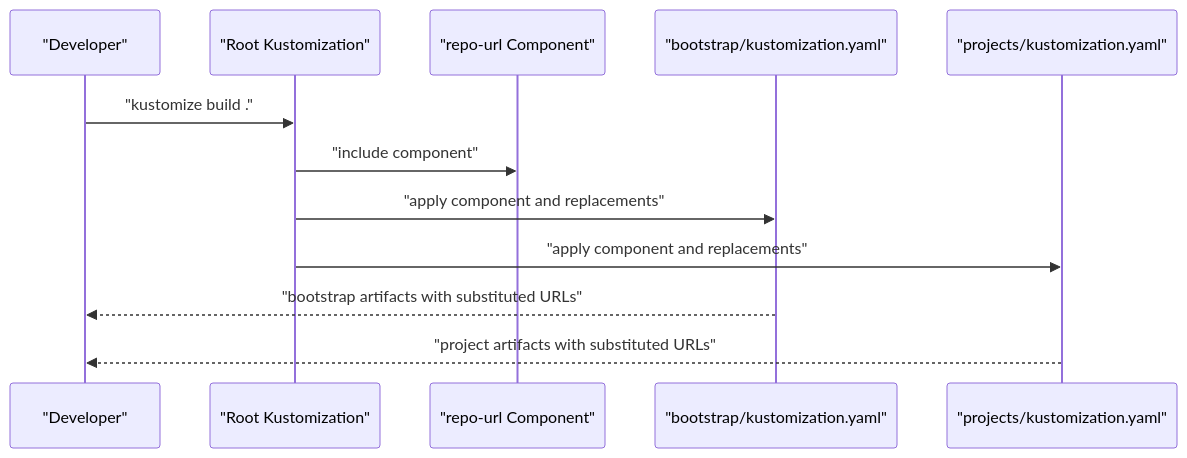
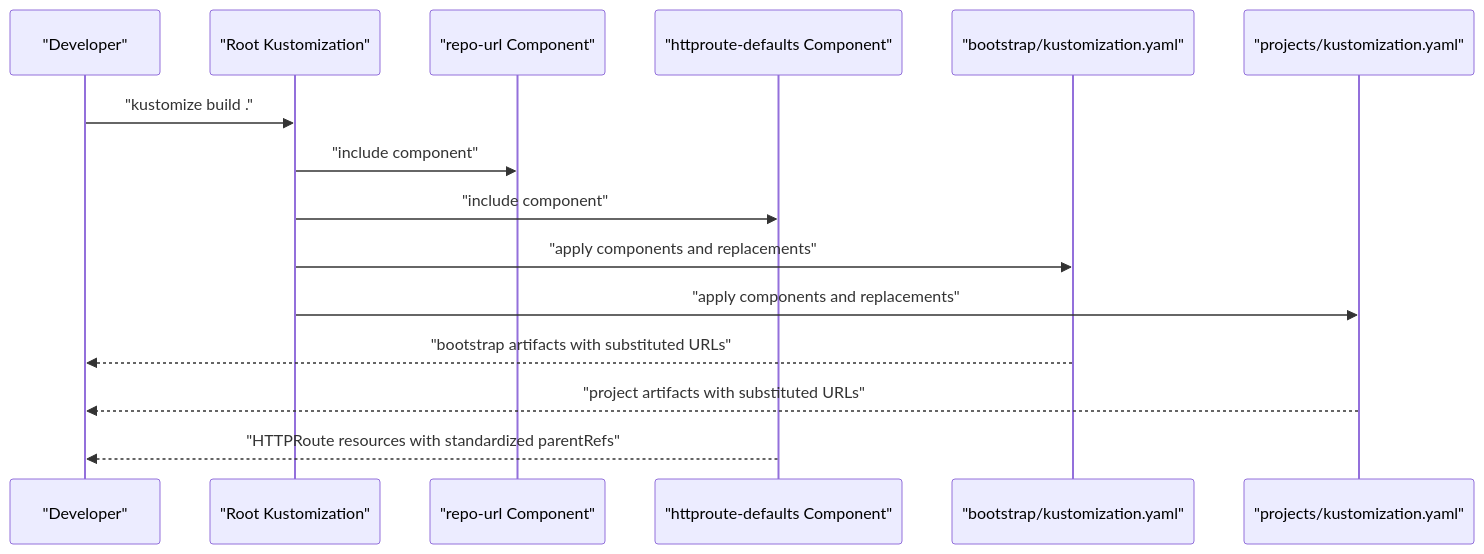
The second of 8 diagrams in .qoder/repowiki/en/content/Architecture and Design/Component-Based Design Patterns.md (Hoangvu75/k8s_manifest), drawn with Mermaid before and after one commit. The commit also changed other lines of this file and 5 other files, not shown here.

````diff
--- a/.qoder/repowiki/en/content/Architecture and Design/Component-Based Design Patterns.md
+++ b/.qoder/repowiki/en/content/Architecture and Design/Component-Based Design Patterns.md
@@ -98,14 +125,17 @@
 ```mermaid
 sequenceDiagram
 participant Dev as "Developer"
 participant Root as "Root Kustomization"
 participant RepoURL as "repo-url Component"
+participant HTTPDefaults as "httproute-defaults Component"
 participant BootstrapK as "bootstrap/kustomization.yaml"
 participant ProjectsK as "projects/kustomization.yaml"
 Dev->>Root : "kustomize build ."
 Root->>RepoURL : "include component"
-Root->>BootstrapK : "apply component and replacements"
-Root->>ProjectsK : "apply component and replacements"
+Root->>HTTPDefaults : "include component"
+Root->>BootstrapK : "apply components and replacements"
+Root->>ProjectsK : "apply components and replacements"
 BootstrapK-->>Dev : "bootstrap artifacts with substituted URLs"
 ProjectsK-->>Dev : "project artifacts with substituted URLs"
+HTTPDefaults-->>Dev : "HTTPRoute resources with standardized parentRefs"
 ```
````
